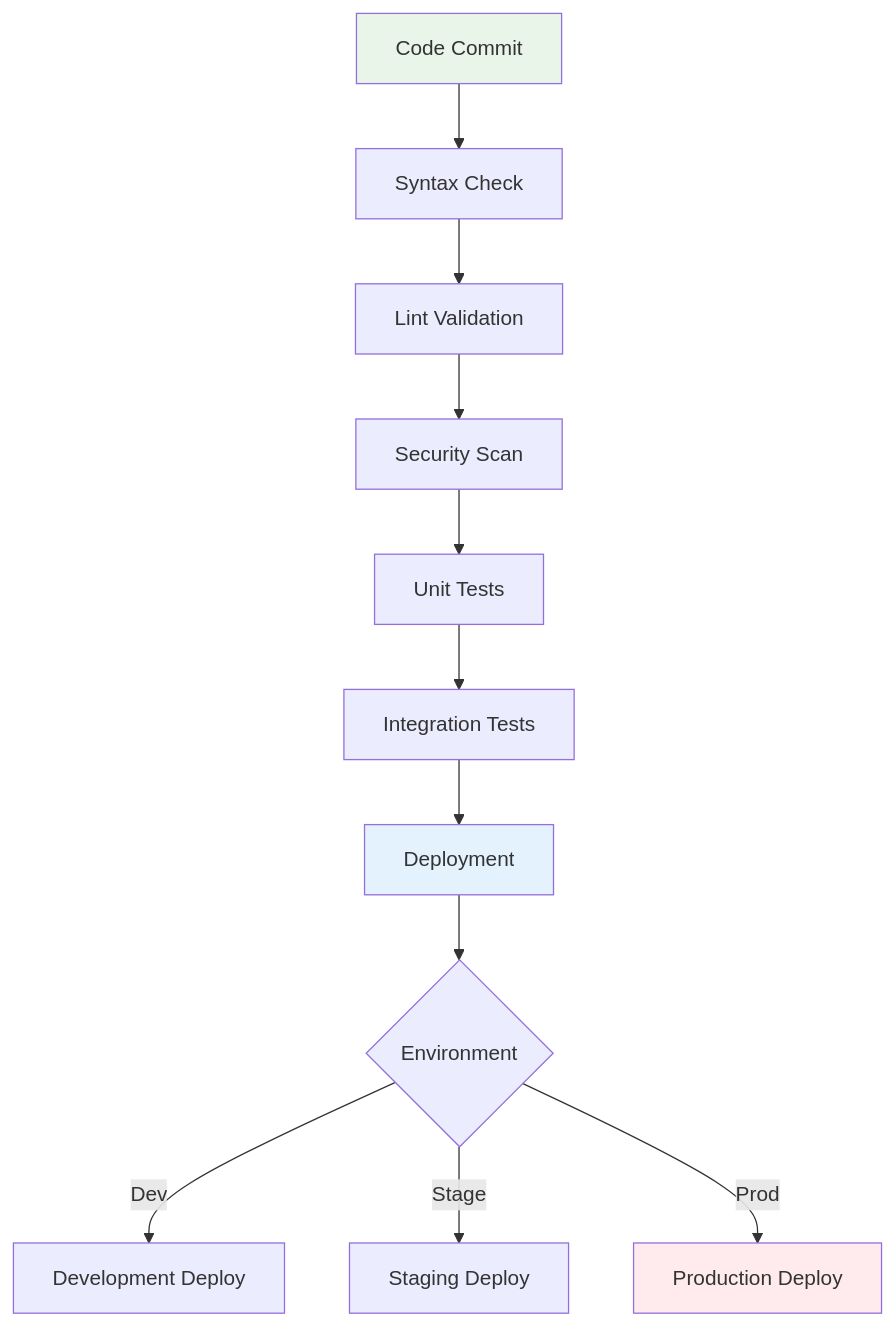
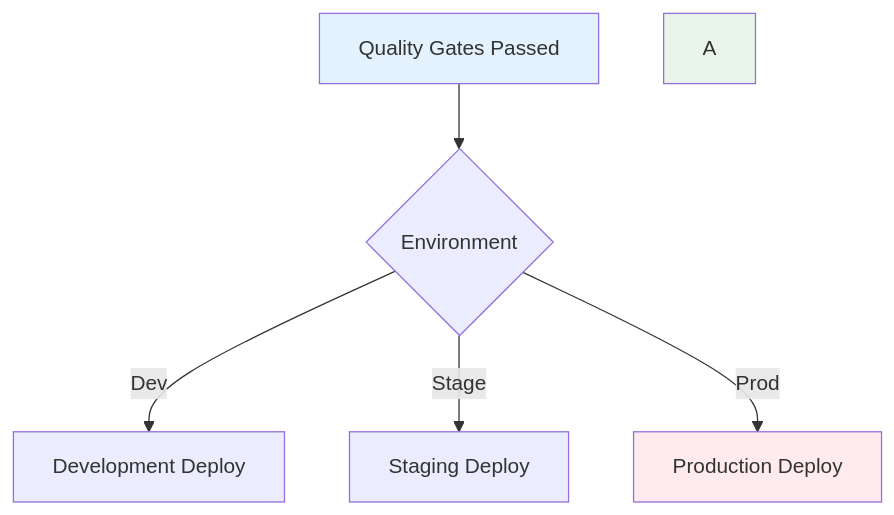
Before and after one commit to hanax-ai/HX-Infrastructure-Ansible: the seventh of 9 diagrams in README.md, drawn with Mermaid. The commit also changed other lines of this file and 16 other files, not shown here.

````diff
--- a/README.md
+++ b/README.md
@@ -243,18 +279,11 @@
 ```mermaid
 graph TB
-    A[Code Commit] --> B[Syntax Check]
-    B --> C[Lint Validation]
-    C --> D[Security Scan]
-    D --> E[Unit Tests]
-    E --> F[Integration Tests]
-    F --> G[Deployment]
-    
-    G --> H{Environment}
+    G[Quality Gates Passed] --> H{Environment}
     H -->|Dev| I[Development Deploy]
     H -->|Stage| J[Staging Deploy]
     H -->|Prod| K[Production Deploy]
     
     style A fill:#e8f5e8
     style G fill:#e3f2fd
     style K fill:#ffebee
 ```
````
